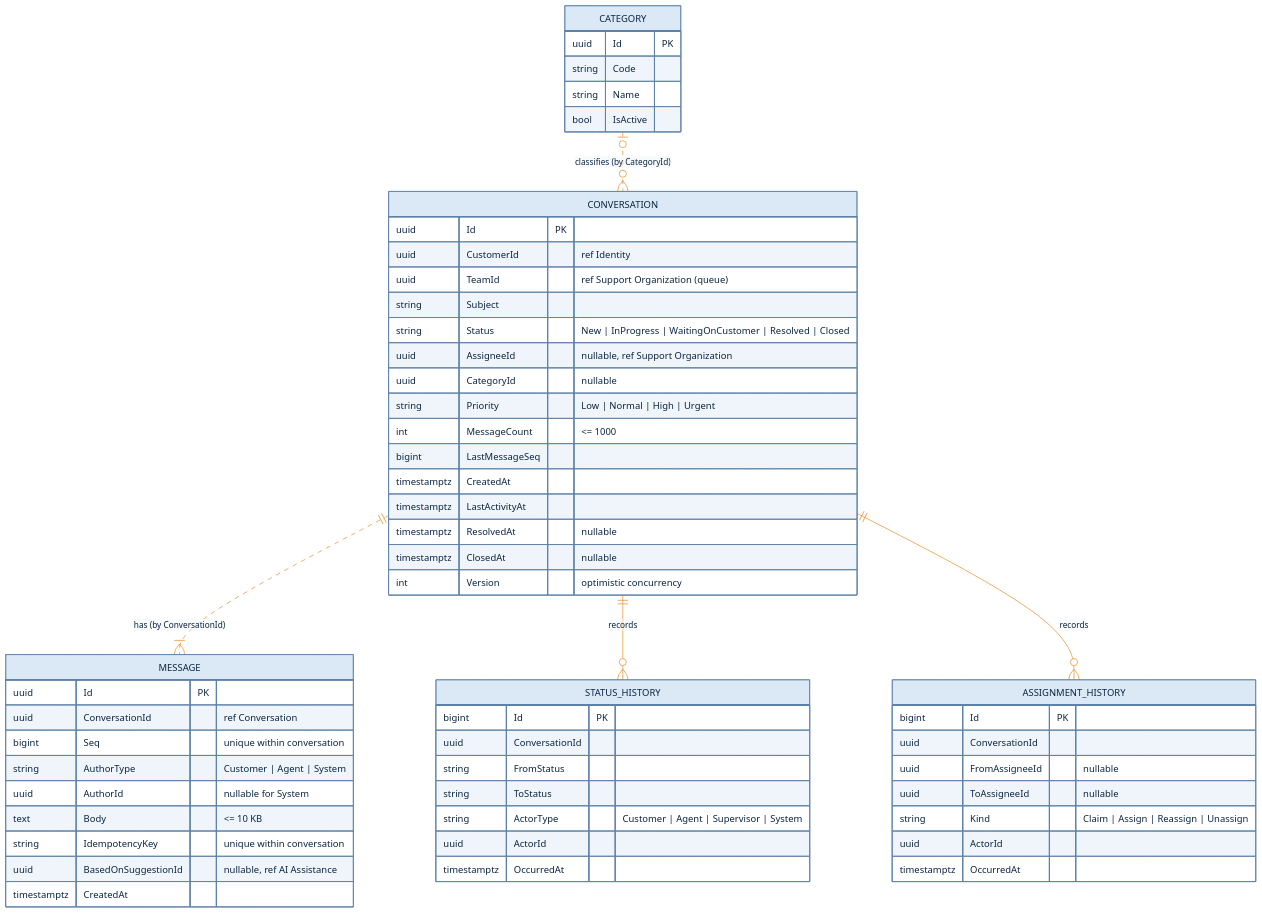
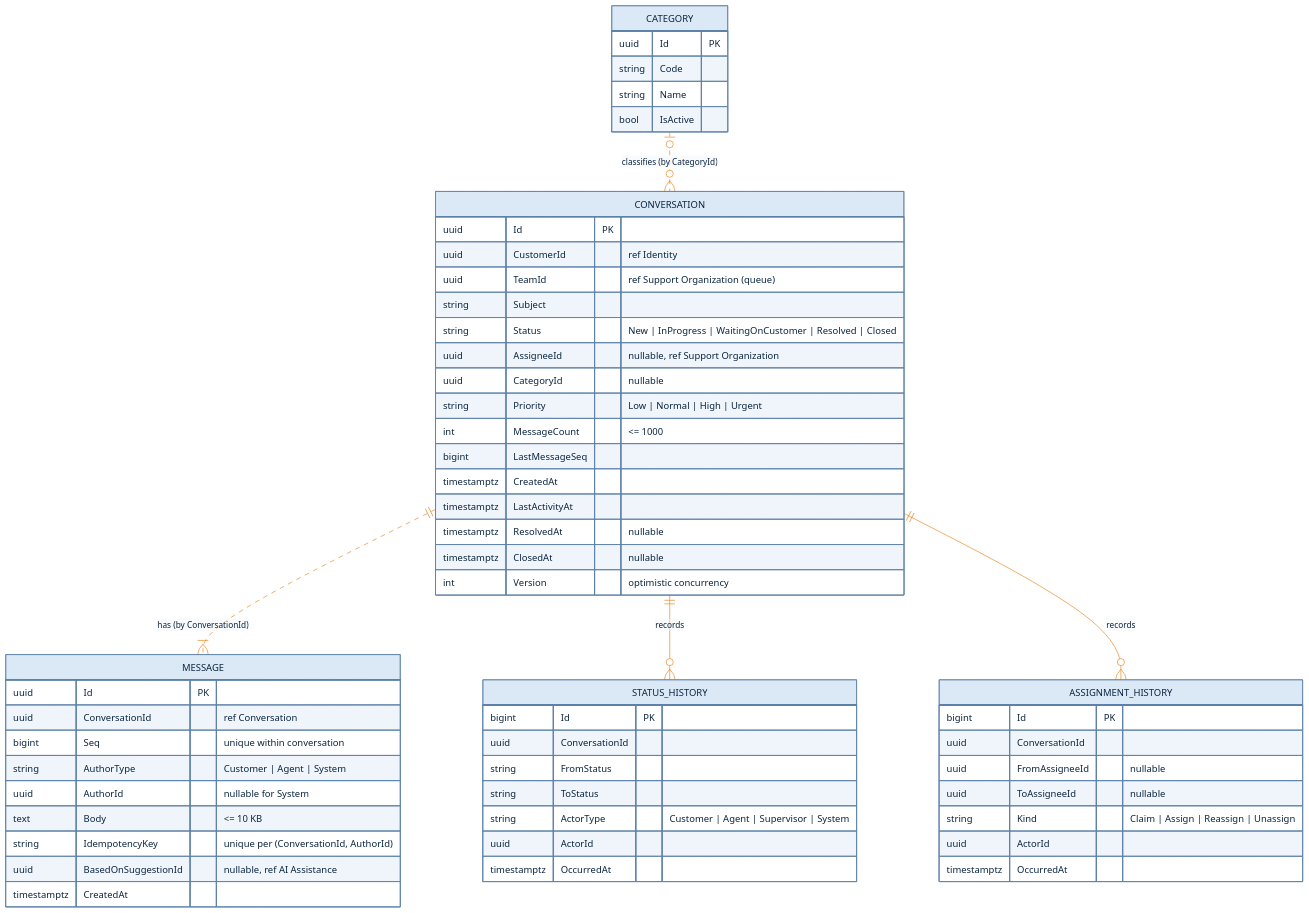
Before and after one commit to iarel/SupportFlow: the second of 9 diagrams in docs/domain-model.md, drawn with Mermaid. The commit also changed other lines of this file and 15 other files, not shown here.

````diff
--- a/docs/domain-model.md
+++ b/docs/domain-model.md
@@ -130,61 +130,61 @@
 ```mermaid
 %%{init: {"theme":"base","themeVariables":{"primaryColor":"#dbe9f6","primaryTextColor":"#0b2540","primaryBorderColor":"#5d82a8","lineColor":"#e67700","secondaryColor":"#dbe9f6","tertiaryColor":"#f1f5fa","clusterBkg":"#f1f5fa","clusterBorder":"#5d82a8","titleColor":"#0b4884","edgeLabelBackground":"#fff4e6","textColor":"#e67700","actorBkg":"#438dd5","actorTextColor":"#ffffff","actorBorder":"#2e6295","actorLineColor":"#e67700","signalColor":"#e67700","signalTextColor":"#e67700","labelBoxBkgColor":"#dbe9f6","labelBoxBorderColor":"#5d82a8","labelTextColor":"#0b2540","loopTextColor":"#e67700","noteBkgColor":"#fff4e6","noteTextColor":"#0b2540","noteBorderColor":"#e67700","activationBkgColor":"#dbe9f6","attributeBackgroundColorOdd":"#ffffff","attributeBackgroundColorEven":"#f1f5fa"}}}%%
 erDiagram
     CONVERSATION ||..|{ MESSAGE : "has (by ConversationId)"
     CONVERSATION ||--o{ STATUS_HISTORY : "records"
     CONVERSATION ||--o{ ASSIGNMENT_HISTORY : "records"
     CATEGORY |o..o{ CONVERSATION : "classifies (by CategoryId)"
 
     CONVERSATION {
         uuid Id PK
         uuid CustomerId "ref Identity"
         uuid TeamId "ref Support Organization (queue)"
         string Subject
         string Status "New | InProgress | WaitingOnCustomer | Resolved | Closed"
         uuid AssigneeId "nullable, ref Support Organization"
         uuid CategoryId "nullable"
         string Priority "Low | Normal | High | Urgent"
         int MessageCount "<= 1000"
         bigint LastMessageSeq
         timestamptz CreatedAt
         timestamptz LastActivityAt
         timestamptz ResolvedAt "nullable"
         timestamptz ClosedAt "nullable"
         int Version "optimistic concurrency"
     }
     MESSAGE {
         uuid Id PK
         uuid ConversationId "ref Conversation"
         bigint Seq "unique within conversation"
         string AuthorType "Customer | Agent | System"
         uuid AuthorId "nullable for System"
         text Body "<= 10 KB"
-        string IdempotencyKey "unique within conversation"
+        string IdempotencyKey "unique per (ConversationId, AuthorId)"
         uuid BasedOnSuggestionId "nullable, ref AI Assistance"
         timestamptz CreatedAt
     }
     STATUS_HISTORY {
         bigint Id PK
         uuid ConversationId
         string FromStatus
         string ToStatus
         string ActorType "Customer | Agent | Supervisor | System"
         uuid ActorId
         timestamptz OccurredAt
     }
     ASSIGNMENT_HISTORY {
         bigint Id PK
         uuid ConversationId
         uuid FromAssigneeId "nullable"
         uuid ToAssigneeId "nullable"
         string Kind "Claim | Assign | Reassign | Unassign"
         uuid ActorId
         timestamptz OccurredAt
     }
     CATEGORY {
         uuid Id PK
         string Code
         string Name
         bool IsActive
     }
 ```
````
